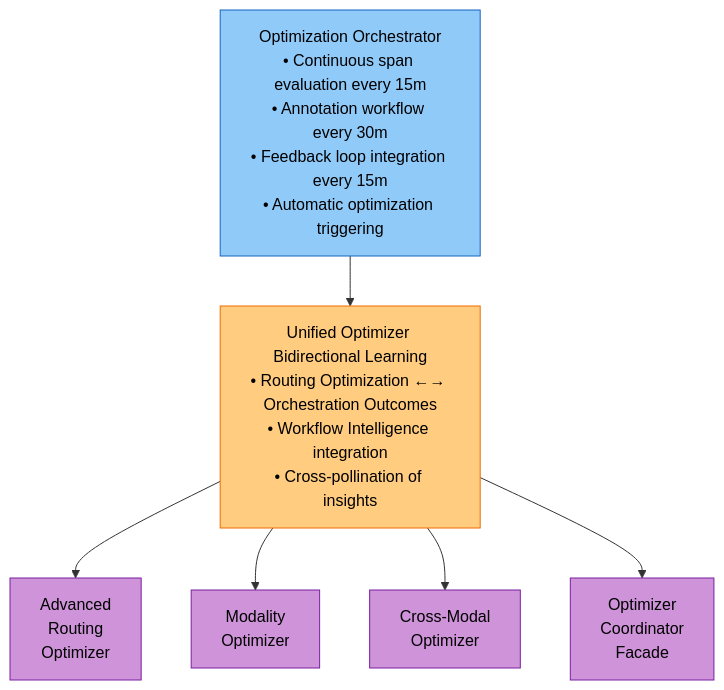
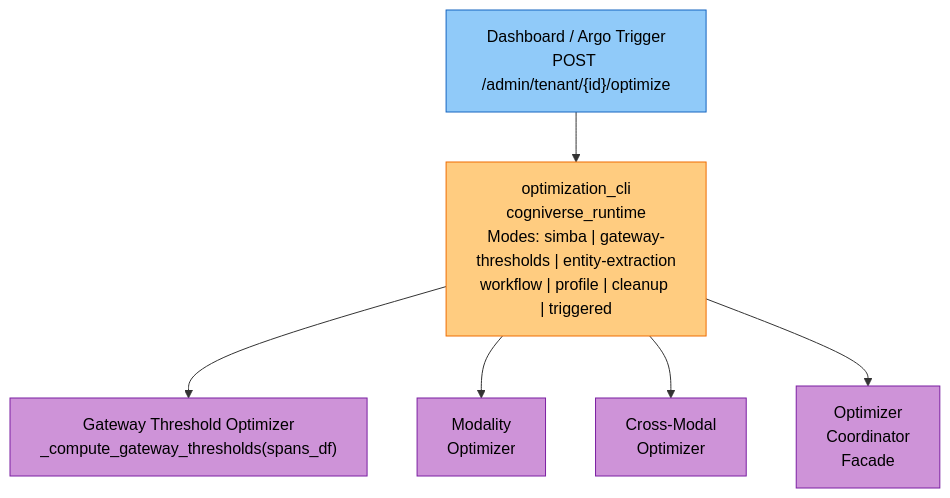
Before and after one commit to amit-jain/cogniverse: the first of 4 diagrams in docs/modules/optimization.md, drawn with Mermaid. The commit also changed other lines of this file and 107 other files, not shown here.

````diff
--- a/docs/modules/optimization.md
+++ b/docs/modules/optimization.md
@@ -83,18 +83,18 @@
 ```mermaid
 flowchart TB
-    Orchestrator["<span style='color:#000'>Optimization Orchestrator<br/>• Continuous span evaluation every 15m<br/>• Annotation workflow every 30m<br/>• Feedback loop integration every 15m<br/>• Automatic optimization triggering</span>"]
+    Dashboard["<span style='color:#000'>Dashboard / Argo Trigger<br/>POST /admin/tenant/{id}/optimize</span>"]
 
-    Orchestrator --> Unified["<span style='color:#000'>Unified Optimizer Bidirectional Learning<br/>• Routing Optimization ←→ Orchestration Outcomes<br/>• Workflow Intelligence integration<br/>• Cross-pollination of insights</span>"]
+    Dashboard --> OptCLI["<span style='color:#000'>optimization_cli<br/>cogniverse_runtime<br/>Modes: simba | gateway-thresholds | entity-extraction<br/>workflow | profile | cleanup | triggered</span>"]
 
-    Unified --> AdvRouting["<span style='color:#000'>Advanced<br/>Routing<br/>Optimizer</span>"]
-    Unified --> Modality["<span style='color:#000'>Modality<br/>Optimizer</span>"]
-    Unified --> CrossModal["<span style='color:#000'>Cross-Modal<br/>Optimizer</span>"]
-    Unified --> Coordinator["<span style='color:#000'>Optimizer<br/>Coordinator<br/>Facade</span>"]
+    OptCLI --> GatewayOpt["<span style='color:#000'>Gateway Threshold Optimizer<br/>_compute_gateway_thresholds(spans_df)</span>"]
+    OptCLI --> Modality["<span style='color:#000'>Modality<br/>Optimizer</span>"]
+    OptCLI --> CrossModal["<span style='color:#000'>Cross-Modal<br/>Optimizer</span>"]
+    OptCLI --> Coordinator["<span style='color:#000'>Optimizer<br/>Coordinator<br/>Facade</span>"]
 
-    style Orchestrator fill:#90caf9,stroke:#1565c0,color:#000
-    style Unified fill:#ffcc80,stroke:#ef6c00,color:#000
-    style AdvRouting fill:#ce93d8,stroke:#7b1fa2,color:#000
+    style Dashboard fill:#90caf9,stroke:#1565c0,color:#000
+    style OptCLI fill:#ffcc80,stroke:#ef6c00,color:#000
+    style GatewayOpt fill:#ce93d8,stroke:#7b1fa2,color:#000
     style Modality fill:#ce93d8,stroke:#7b1fa2,color:#000
     style CrossModal fill:#ce93d8,stroke:#7b1fa2,color:#000
     style Coordinator fill:#ce93d8,stroke:#7b1fa2,color:#000
 ```
````
